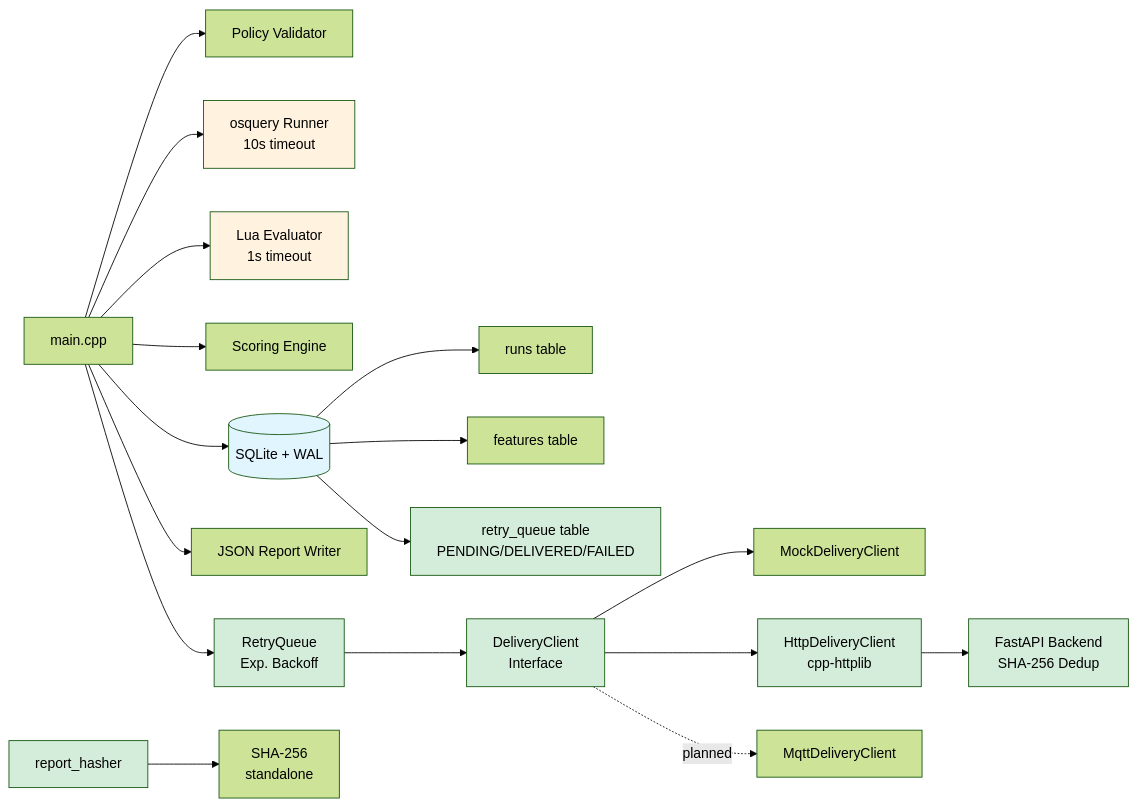
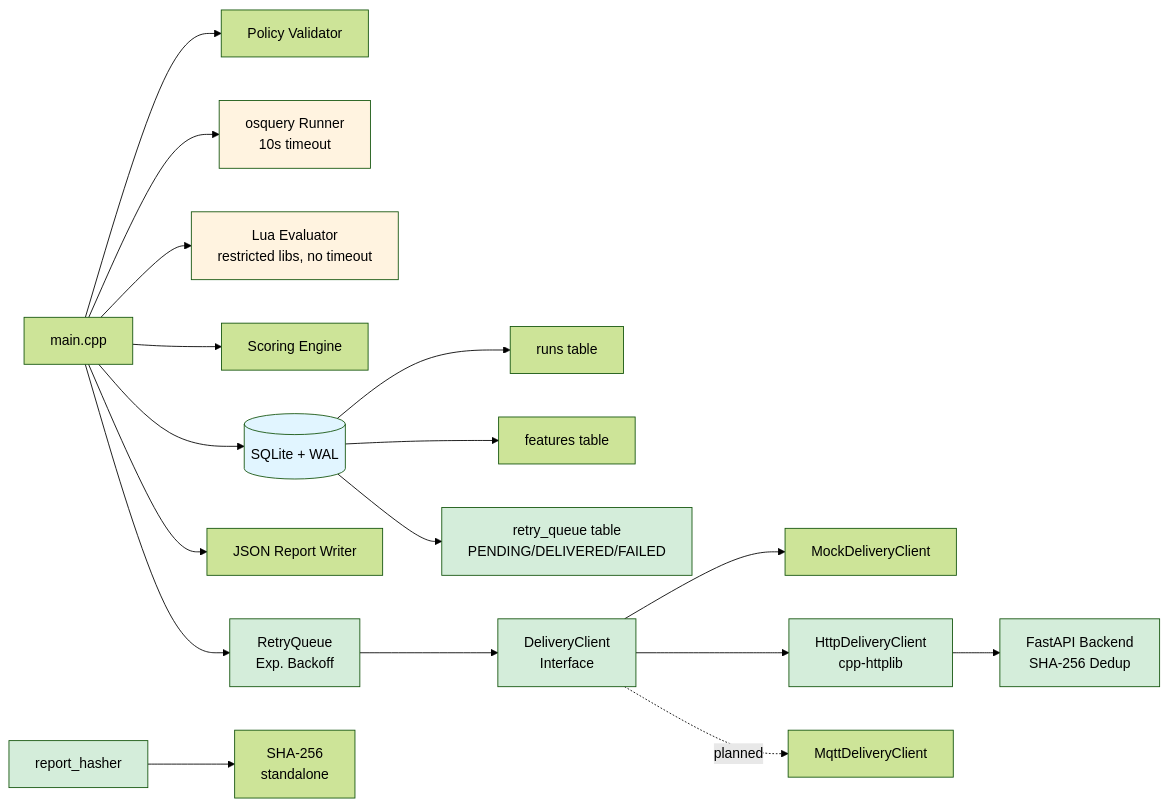
The diagram in README.md (rohan2107/Sentinel), drawn with Mermaid (forest theme) before and after one commit. The commit also changed other lines of this file and 3 other files, not shown here.

First line of the commit message:
docs: rewrite architecture documentation and correct false claims

````diff
--- a/README.md
+++ b/README.md
@@ -281,33 +380,33 @@
 ```mermaid
 graph LR
     A[main.cpp] --> B[Policy Validator]
     A --> C[osquery Runner<br/>10s timeout]
-    A --> D[Lua Evaluator<br/>1s timeout]
+    A --> D[Lua Evaluator<br/>restricted libs, no timeout]
     A --> E[Scoring Engine]
     A --> F[(SQLite + WAL)]
     A --> I[JSON Report Writer]
     A --> RQ[RetryQueue<br/>Exp. Backoff]
     
     F --> G[runs table]
     F --> H[features table]
     F --> J[retry_queue table<br/>PENDING/DELIVERED/FAILED]
     
     RQ --> K[DeliveryClient<br/>Interface]
     K --> L[MockDeliveryClient]
     K --> M[HttpDeliveryClient<br/>cpp-httplib]
     K -.planned.-> N[MqttDeliveryClient]
     
     M --> BE[FastAPI Backend<br/>SHA-256 Dedup]
     
     O[report_hasher] --> P[SHA-256<br/>standalone]
     
     style F fill:#e1f5ff
     style C fill:#fff3e0
     style D fill:#fff3e0
     style J fill:#d4edda
     style K fill:#d4edda
     style O fill:#d4edda
     style RQ fill:#d4edda
     style M fill:#d4edda
     style BE fill:#d4edda
 ```
````
